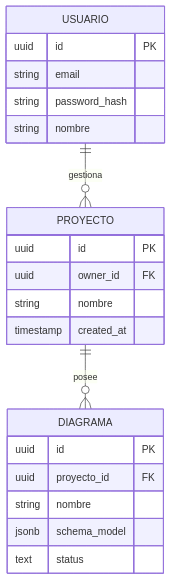
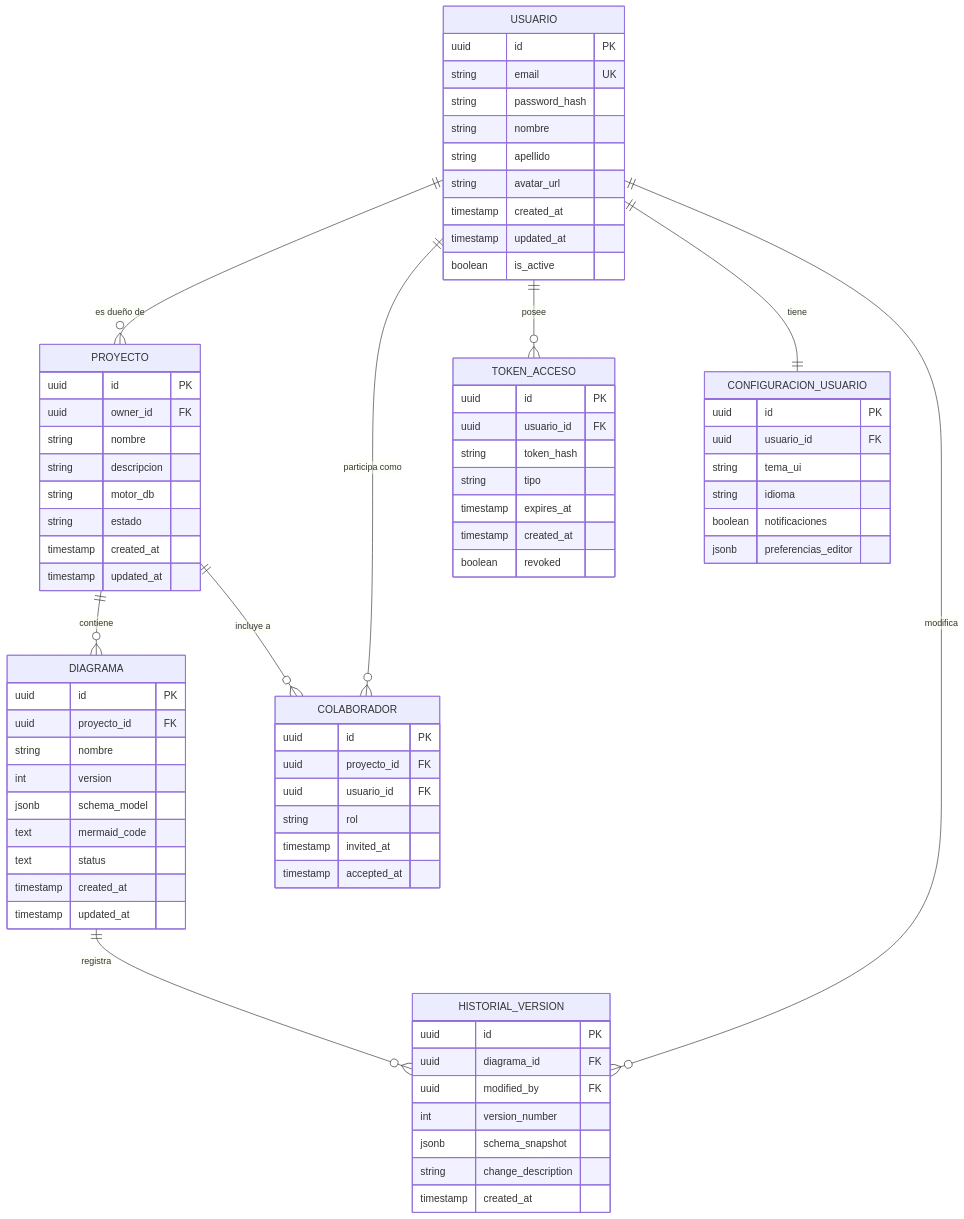
The seventh of 11 diagrams in docs/formatos/FD04-Informe-Arquitectura-Software.md (UPT-FAING-EPIS/proyecto-si783-2026-i-u3-generador_diagramas_bd), drawn with Mermaid before and after one commit. The commit also changed other lines of this file and 1 other file, not shown here.

Commit message:
docs: reestructuración completa FD03 y FD04 - 20 narrativas, 20 análisis BCE, 20 diagramas de secuencia, ERD expandido y formato APA

````diff
--- a/docs/formatos/FD04-Informe-Arquitectura-Software.md
+++ b/docs/formatos/FD04-Informe-Arquitectura-Software.md
@@ -347,25 +412,78 @@
 ```mermaid
 erDiagram
     USUARIO {
         uuid id PK
-        string email
+        string email UK
         string password_hash
         string nombre
+        string apellido
+        string avatar_url
+        timestamp created_at
+        timestamp updated_at
+        boolean is_active
     }
     PROYECTO {
         uuid id PK
         uuid owner_id FK
         string nombre
+        string descripcion
+        string motor_db
+        string estado
         timestamp created_at
+        timestamp updated_at
     }
     DIAGRAMA {
         uuid id PK
         uuid proyecto_id FK
         string nombre
+        int version
         jsonb schema_model
+        text mermaid_code
         text status
+        timestamp created_at
+        timestamp updated_at
     }
-    
-    USUARIO ||--o{ PROYECTO : gestiona
-    PROYECTO ||--o{ DIAGRAMA : posee
+    COLABORADOR {
+        uuid id PK
+        uuid proyecto_id FK
+        uuid usuario_id FK
+        string rol
+        timestamp invited_at
+        timestamp accepted_at
+    }
+    HISTORIAL_VERSION {
+        uuid id PK
+        uuid diagrama_id FK
+        uuid modified_by FK
+        int version_number
+        jsonb schema_snapshot
+        string change_description
+        timestamp created_at
+    }
+    TOKEN_ACCESO {
+        uuid id PK
+        uuid usuario_id FK
+        string token_hash
+        string tipo
+        timestamp expires_at
+        timestamp created_at
+        boolean revoked
+    }
+    CONFIGURACION_USUARIO {
+        uuid id PK
+        uuid usuario_id FK
+        string tema_ui
+        string idioma
+        boolean notificaciones
+        jsonb preferencias_editor
+    }
+
+    USUARIO ||--o{ PROYECTO : "es dueño de"
+    USUARIO ||--o{ COLABORADOR : "participa como"
+    USUARIO ||--o{ TOKEN_ACCESO : "posee"
+    USUARIO ||--|| CONFIGURACION_USUARIO : "tiene"
+    PROYECTO ||--o{ DIAGRAMA : "contiene"
+    PROYECTO ||--o{ COLABORADOR : "incluye a"
+    DIAGRAMA ||--o{ HISTORIAL_VERSION : "registra"
+    USUARIO ||--o{ HISTORIAL_VERSION : "modifica"
 ```
````
